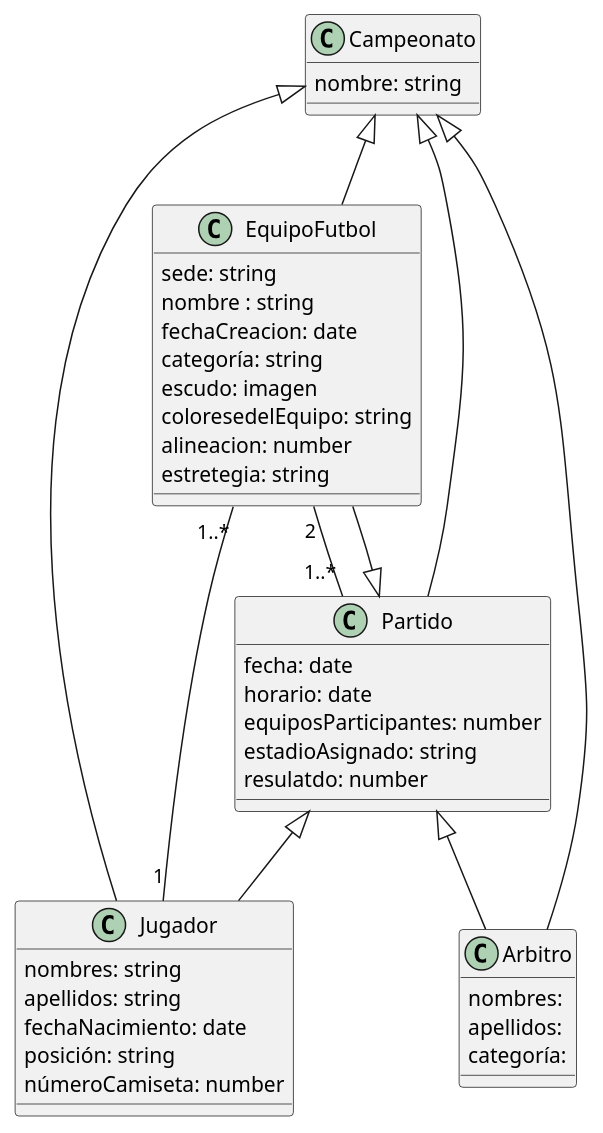
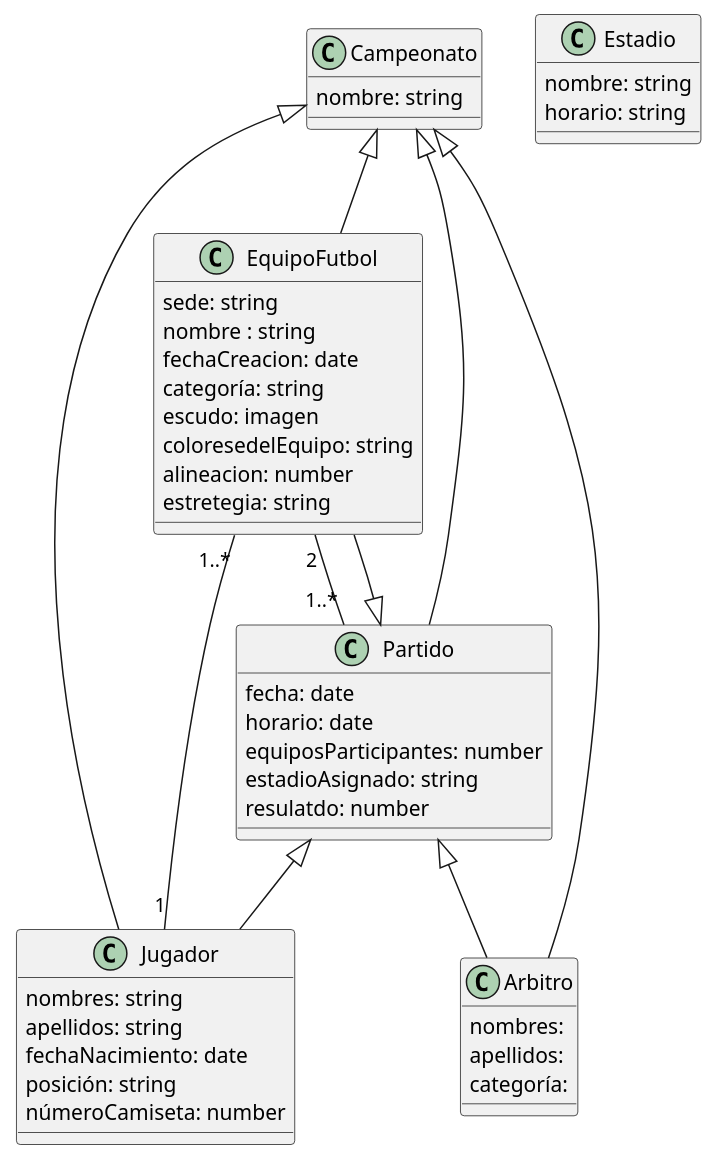
The diagram in SistemaCampeonatoFutbol/Plantilla-uml/Sistema-campeonato.puml (GabrielCarriel1/GestionCampeonato), drawn with PlantUML before and after one commit. The commit also changed 3 other files, not shown here.

```diff
--- a/SistemaCampeonatoFutbol/Plantilla-uml/Sistema-campeonato.puml
+++ b/SistemaCampeonatoFutbol/Plantilla-uml/Sistema-campeonato.puml
@@ -1,56 +1,61 @@
 @startuml sistema de gestion campeonato de fútbol
 
 class Campeonato {
 nombre: string 
 }
 
 class EquipoFutbol {
 sede: string
 nombre : string
 fechaCreacion: date
 categoría: string
 escudo: imagen
 coloresedelEquipo: string
 alineacion: number
 estretegia: string
+}
+class Estadio {
+nombre: string
+horario: string
+
 }
 
  class Jugador {
 nombres: string
 apellidos: string
 fechaNacimiento: date
 posición: string
 númeroCamiseta: number 
 }
 
 class  Arbitro {
 nombres:
 apellidos:
 categoría:
 
 }
 
 class Partido  {
 fecha: date 
 horario: date
 equiposParticipantes: number
 estadioAsignado: string
 resulatdo: number
 
 }
 
 Campeonato <|-- EquipoFutbol
 Campeonato <|-- Jugador
 Campeonato <|-- Arbitro
 Campeonato <|-- Partido
 
 Partido <|-- EquipoFutbol
 Partido <|-- Arbitro
 Partido <|-- Jugador
 
 Jugador "1" -- "1..*" EquipoFutbol
 EquipoFutbol "2" -- "1..*" Partido
 
 
 
 @enduml
```
